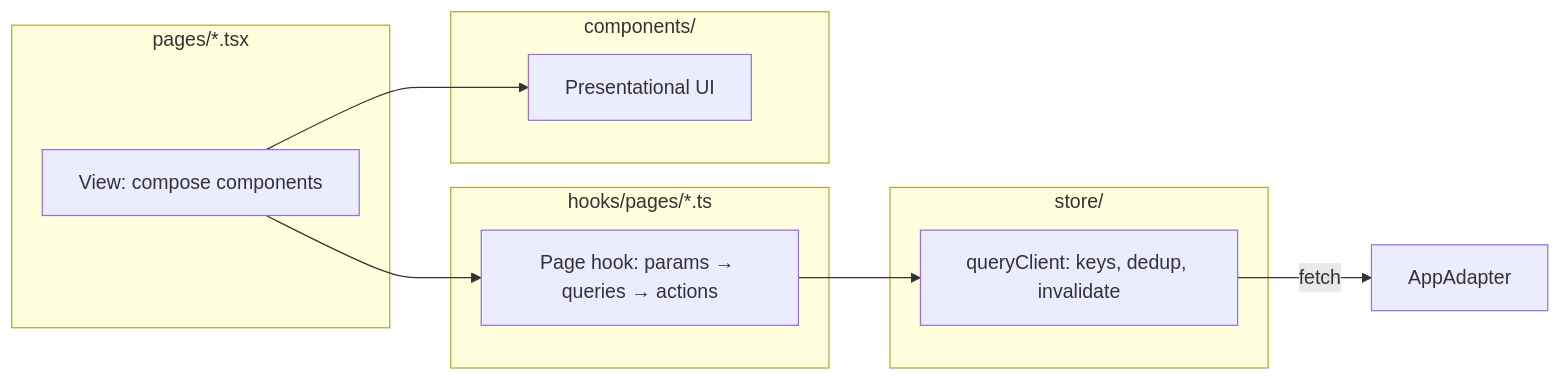
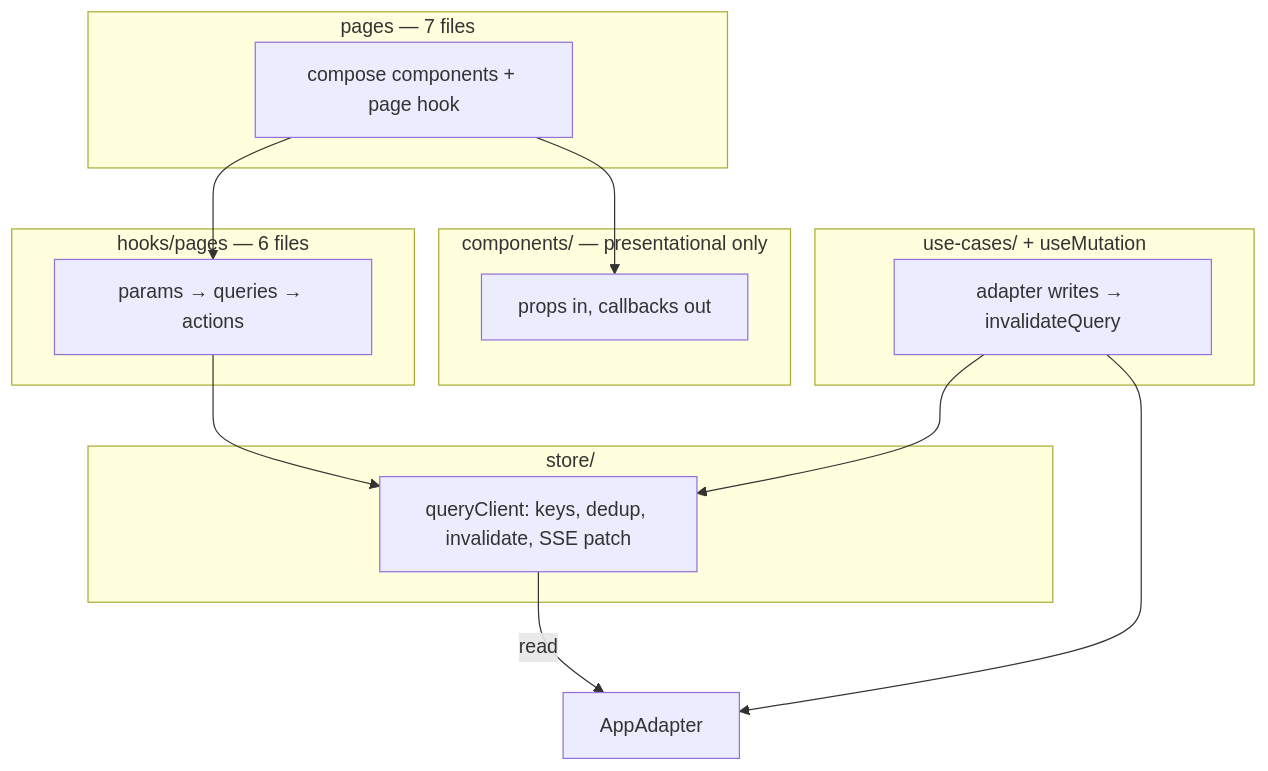
One commit to hoonsubin/messe-buddy-app changed the diagram in plans/pages-and-data-refactor.md. Above: the diagram before and after it, drawn with Mermaid. The commit also changed other lines of this file, not shown here.

````diff
--- a/plans/pages-and-data-refactor.md
+++ b/plans/pages-and-data-refactor.md
@@ -93,23 +25,29 @@
 ```mermaid
-flowchart LR
-  subgraph pages [pages/*.tsx]
-    P[View: compose components]
+flowchart TB
+  subgraph L4 [pages — 7 files]
+    P[compose components + page hook]
   end
 
-  subgraph hooks [hooks/pages/*.ts]
-    H[Page hook: params → queries → actions]
+  subgraph L5 [hooks/pages — 6 files]
+    H[params → queries → actions]
   end
 
   subgraph store [store/]
-    QC[queryClient: keys, dedup, invalidate]
+    QC[queryClient: keys, dedup, invalidate, SSE patch]
   end
 
-  subgraph components [components/]
-    C[Presentational UI]
+  subgraph L3 [components/ — presentational only]
+    C[props in, callbacks out]
+  end
+
+  subgraph writes [use-cases/ + useMutation]
+    UC[adapter writes → invalidateQuery]
   end
 
   P --> H
   P --> C
   H --> QC
-  QC -->|fetch| Adapter[AppAdapter]
+  QC -->|read| Adapter[AppAdapter]
+  UC --> Adapter
+  UC --> QC
 ```
````
